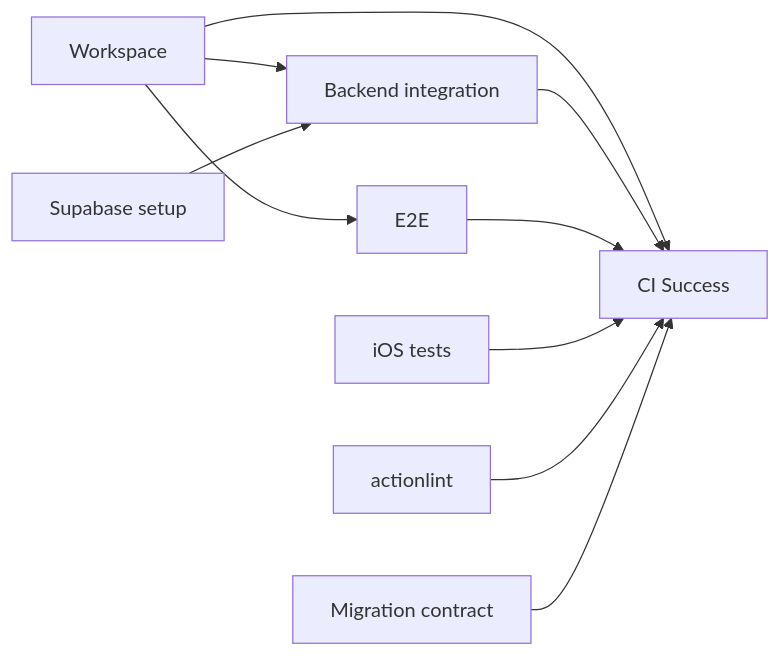
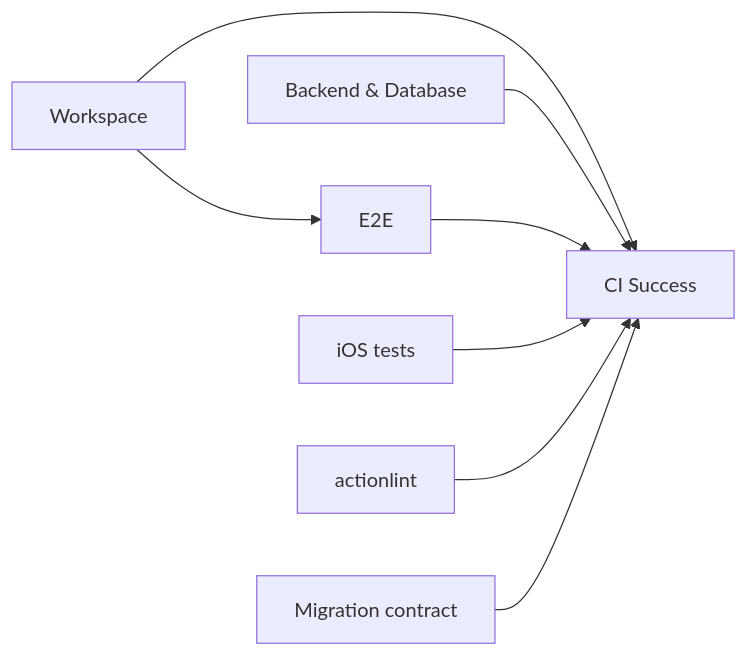
One commit to neogenz/pulpe changed the first of 2 diagrams in docs/CI.md. Above: the diagram before and after it, drawn with Mermaid. The commit also changed other lines of this file and 4 other files, not shown here.

````diff
--- a/docs/CI.md
+++ b/docs/CI.md
@@ -16,12 +16,10 @@
 ```mermaid
 flowchart LR
     Workspace[Workspace] --> E2E[E2E]
-    Workspace --> Integration[Backend integration]
-    Supabase[Supabase setup] --> Integration
     Workspace --> Success[CI Success]
-    Integration --> Success
+    BackendDB[Backend & Database] --> Success
     E2E --> Success
     IOS[iOS tests] --> Success
     Actionlint[actionlint] --> Success
     Migration[Migration contract] --> Success
 ```
````
